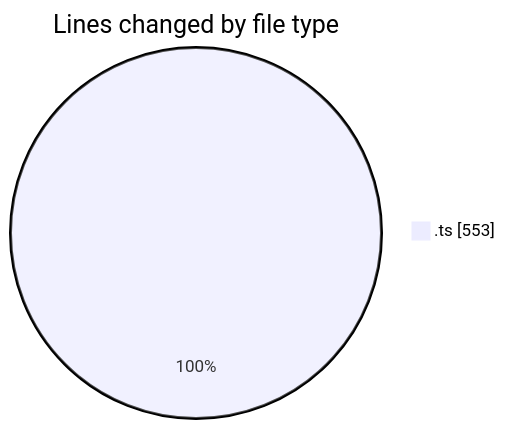
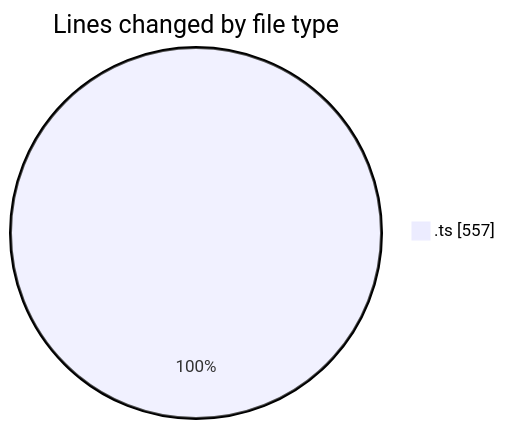
The first of 2 diagrams in 2025-08-01/cda/README.md (momahboobian/code-tracking), drawn with Mermaid before and after one commit. The commit also changed other lines of this file and 1 other file, not shown here.

````diff
--- a/2025-08-01/cda/README.md
+++ b/2025-08-01/cda/README.md
@@ -20,5 +20,5 @@
 ```mermaid
 pie showData
 title Lines changed by file type
-".ts" : 553
+".ts" : 557
 ```
````
